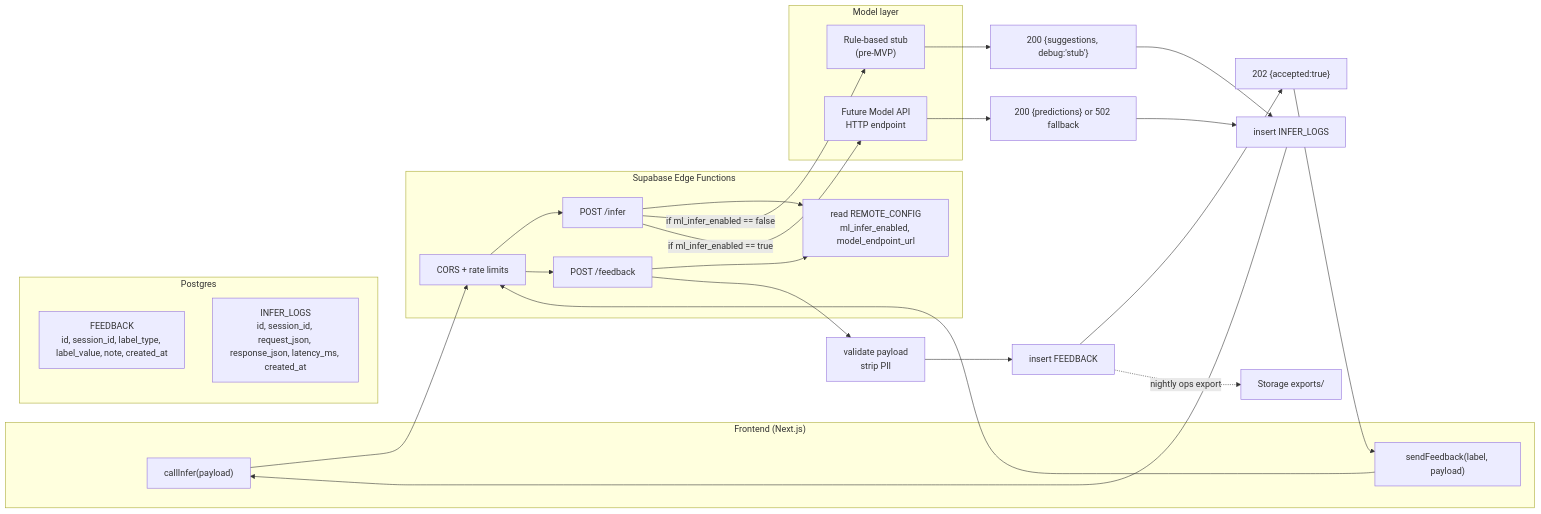
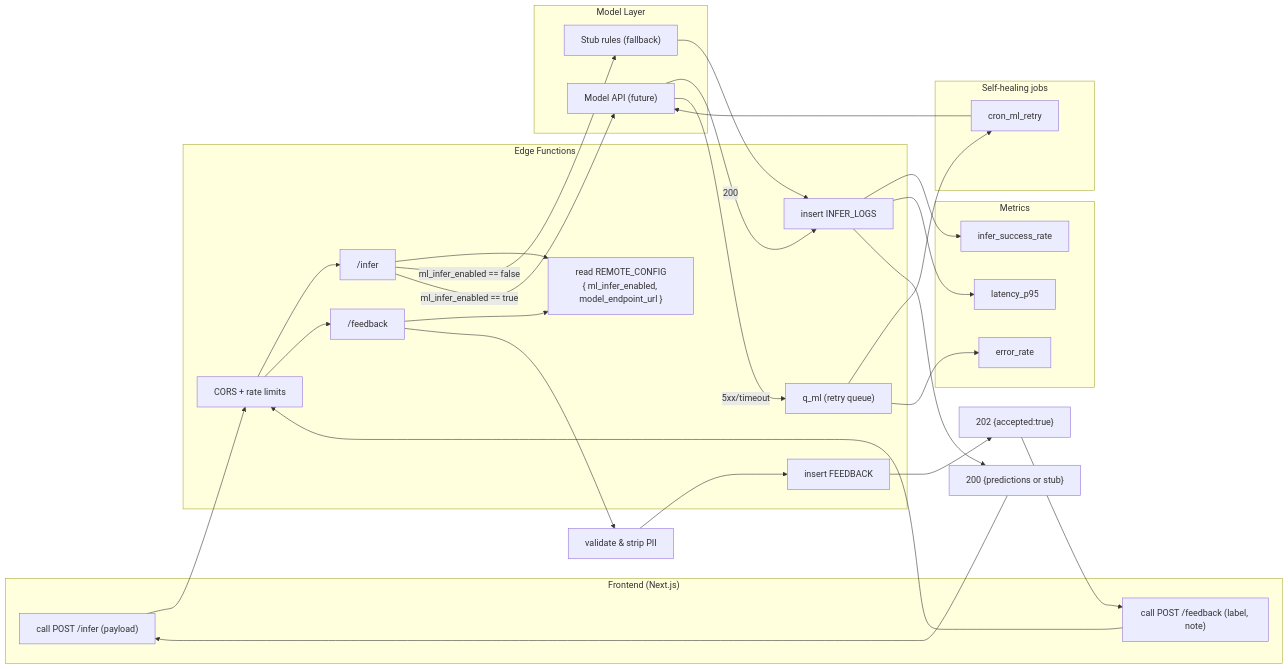
The diagram in content/app-web/architecture/pre-mvp/06-ml-ready/ml-ready-api.mmd (alexandrafofel/brightfutureahead), drawn with Mermaid before and after one commit. The commit also changed 36 other files, not shown here.

Commit message:
chore(architecture): update diagrams to close gaps

```diff
--- a/content/app-web/architecture/pre-mvp/06-ml-ready/ml-ready-api.mmd
+++ b/content/app-web/architecture/pre-mvp/06-ml-ready/ml-ready-api.mmd
@@ -1,52 +1,55 @@
 flowchart LR
-  %% ===== ML-READY API (separate view) =====
+  %% ML-Ready API Overview — with q_ml and metrics
 
-  subgraph client["Frontend (Next.js)"]
-    fe_call_infer["callInfer(payload)"]
-    fe_send_feedback["sendFeedback(label, payload)"]
+  subgraph FE["Frontend (Next.js)"]
+    fe_infer["call POST /infer (payload)"]
+    fe_fb["call POST /feedback (label, note)"]
   end
 
-  subgraph edge["Supabase Edge Functions"]
+  subgraph Edge["Edge Functions"]
     cors["CORS + rate limits"]
-    infer["POST /infer"]
-    feedback["POST /feedback"]
-    cfg["read REMOTE_CONFIG\nml_infer_enabled, model_endpoint_url"]
+    infer["/infer"]
+    feedback["/feedback"]
+    cfg["read REMOTE_CONFIG\n{ ml_infer_enabled, model_endpoint_url }"]
+    q_ml["q_ml (retry queue)"]
+    logi["insert INFER_LOGS"]
+    logf["insert FEEDBACK"]
   end
 
-  subgraph db["Postgres"]
-    tbl_feedback["FEEDBACK\nid, session_id, label_type, label_value, note, created_at"]
-    tbl_infer["INFER_LOGS\nid, session_id, request_json, response_json, latency_ms, created_at"]
+  subgraph Model["Model Layer"]
+    stub["Stub rules (fallback)"]
+    ext["Model API (future)"]
   end
 
-  subgraph model["Model layer"]
-    stub["Rule-based stub\n(pre-MVP)"]
-    future["Future Model API\nHTTP endpoint"]
+  subgraph Cron["Self-healing jobs"]
+    cron_ml["cron_ml_retry"]
   end
 
-  %% FE -> Edge
-  fe_call_infer --> cors --> infer
-  fe_send_feedback --> cors --> feedback
-
-  %% Edge reads config
-  infer --> cfg
-  feedback --> cfg
+  subgraph KPIs["Metrics"]
+    sr["infer_success_rate"]
+    l95["latency_p95"]
+    er["error_rate"]
+  end
 
   %% Infer path
-  infer -->|"if ml_infer_enabled == false"| stub
-  infer -->|"if ml_infer_enabled == true"| future
-  stub --> infer_ok["200 {suggestions, debug:'stub'}"]
-  future --> infer_ok2["200 {predictions} or 502 fallback"]
+  fe_infer --> cors --> infer --> cfg
+  infer -->|ml_infer_enabled == false| stub --> logi
+  infer -->|ml_infer_enabled == true| ext
+  ext -->|200| logi
+  ext -->|5xx/timeout| q_ml
+  q_ml --> cron_ml --> ext
 
-  %% Log and respond
-  infer_ok --> log_infer["insert INFER_LOGS"]
-  infer_ok2 --> log_infer
-  log_infer --> fe_call_infer
+  logi --> sr
+  logi --> l95
+  q_ml --> er
 
   %% Feedback path
-  feedback --> validate["validate payload\nstrip PII"]
-  validate --> write_fb["insert FEEDBACK"]
-  write_fb --> ack["202 {accepted:true}"]
-  ack --> fe_send_feedback
+  fe_fb --> cors --> feedback --> cfg
+  feedback --> vfb["validate & strip PII"]
+  vfb --> logf
 
-  %% Ops export
-  write_fb -. "nightly ops export" .-> export["Storage exports/"]
+  %% Responses
+  logi --> r1["200 {predictions or stub}"]
+  logf --> r2["202 {accepted:true}"]
+  r1 --> fe_infer
+  r2 --> fe_fb
```
